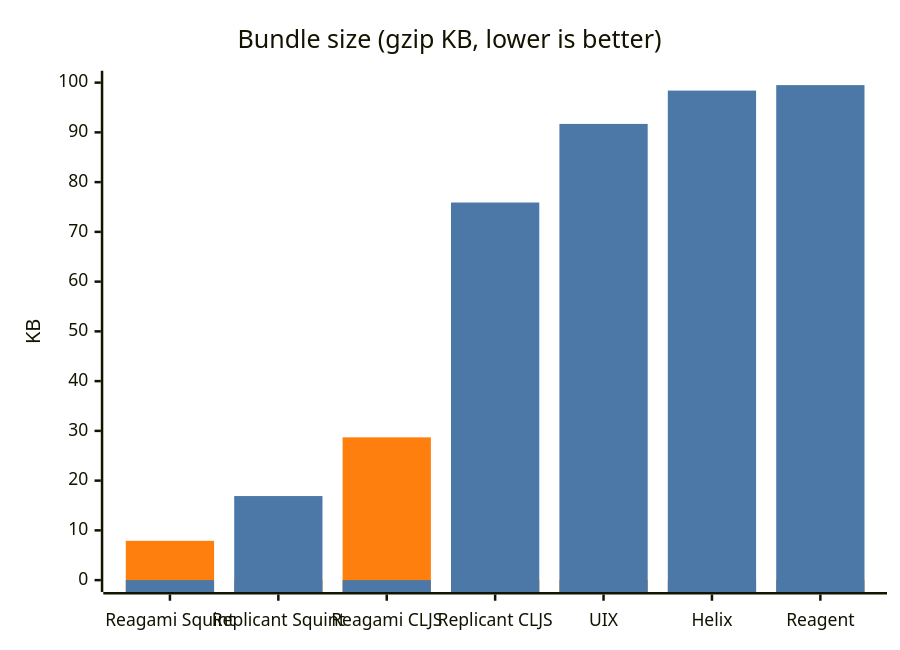
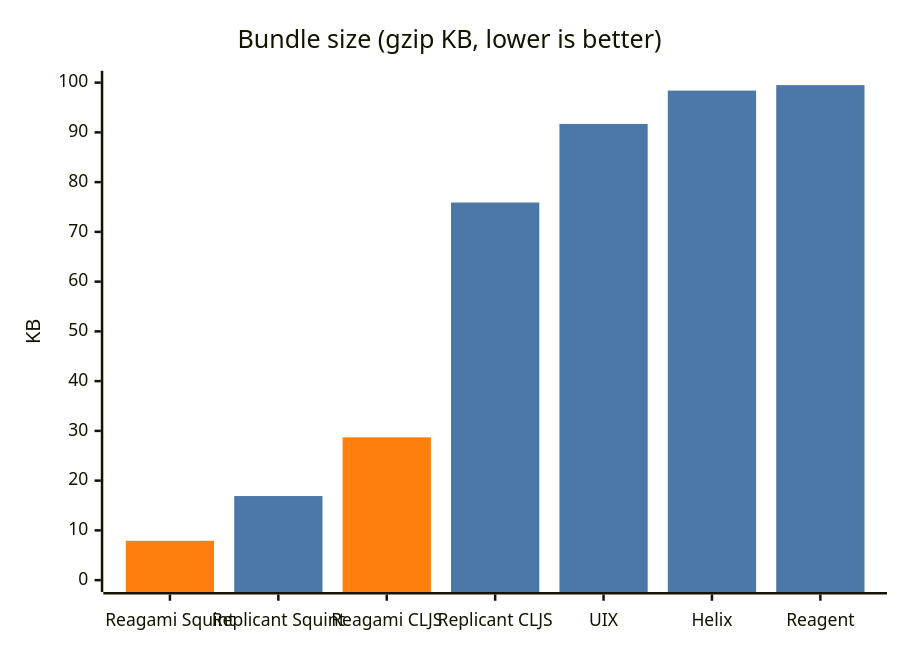
The second of 2 diagrams in README.md (borkdude/reagami), drawn with Mermaid before and after one commit. The commit also changed other lines of this file, not shown here.

Commit message:
Push zeroed bars below axis to drop baseline stubs

````diff
--- a/README.md
+++ b/README.md
@@ -200,14 +200,14 @@
 ```mermaid
 ---
 config:
   themeVariables:
     xyChart:
       plotColorPalette: "#ff7f0e, #4c78a8"
 ---
 xychart-beta
     title "Bundle size (gzip KB, lower is better)"
     x-axis ["Reagami Squint", "Replicant Squint", "Reagami CLJS", "Replicant CLJS", "UIX", "Helix", "Reagent"]
     y-axis "KB" 0 --> 100
-    bar [7.9, 0, 28.7, 0, 0, 0, 0]
-    bar [0, 16.9, 0, 75.9, 91.7, 98.4, 99.5]
+    bar [7.9, -5, 28.7, -5, -5, -5, -5]
+    bar [-5, 16.9, -5, 75.9, 91.7, 98.4, 99.5]
 ```
````
